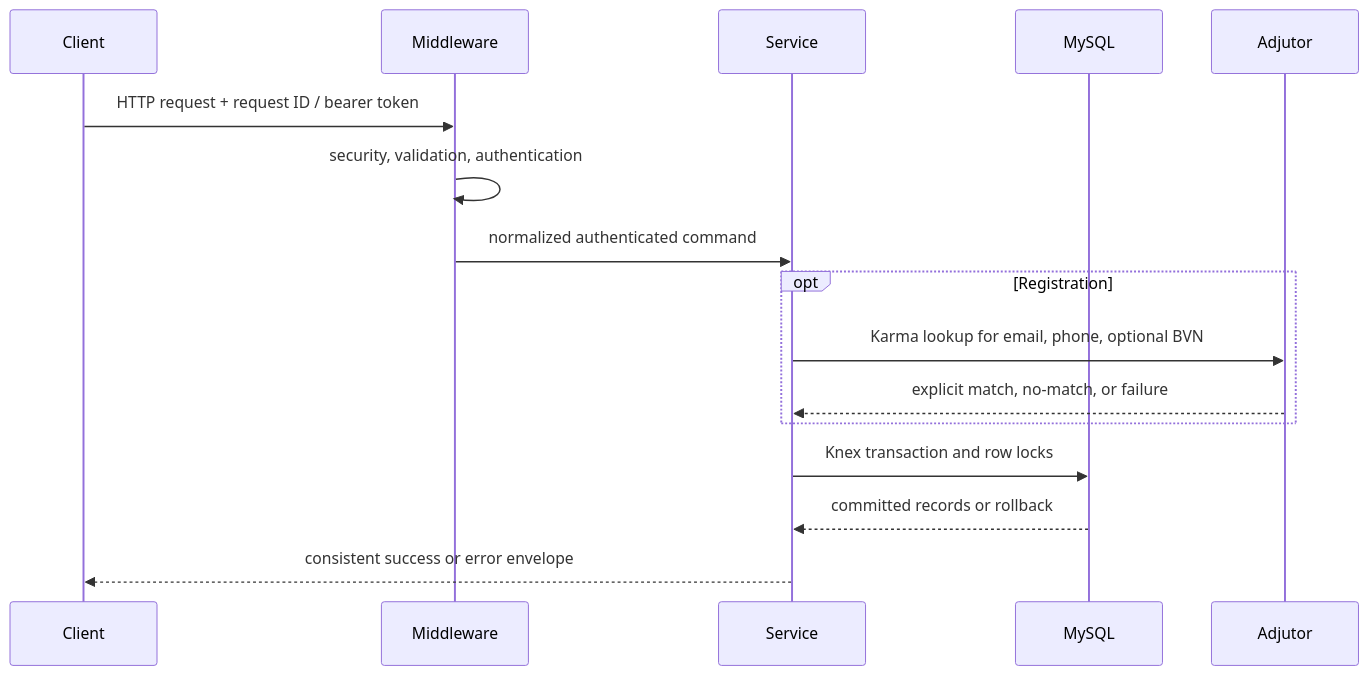
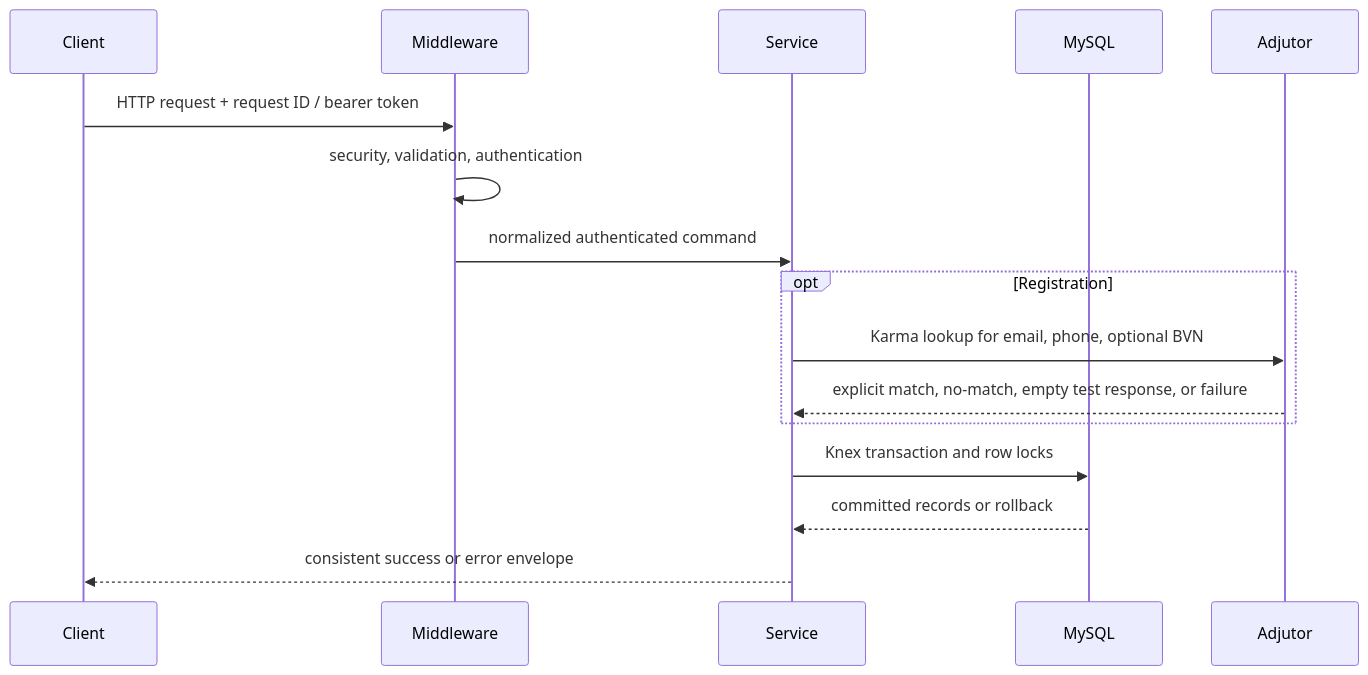
One commit to ukcharlies/ukachi-charles-lendsqr-be-test changed the second of 3 diagrams in README.md. Above: the diagram before and after it, drawn with Mermaid. The commit also changed other lines of this file and 11 other files, not shown here.

````diff
--- a/README.md
+++ b/README.md
@@ -82,18 +82,18 @@
 ```mermaid
 sequenceDiagram
   participant C as Client
   participant M as Middleware
   participant S as Service
   participant DB as MySQL
   participant A as Adjutor
   C->>M: HTTP request + request ID / bearer token
   M->>M: security, validation, authentication
   M->>S: normalized authenticated command
   opt Registration
     S->>A: Karma lookup for email, phone, optional BVN
-    A-->>S: explicit match, no-match, or failure
+    A-->>S: explicit match, no-match, empty test response, or failure
   end
   S->>DB: Knex transaction and row locks
   DB-->>S: committed records or rollback
   S-->>C: consistent success or error envelope
 ```
````
